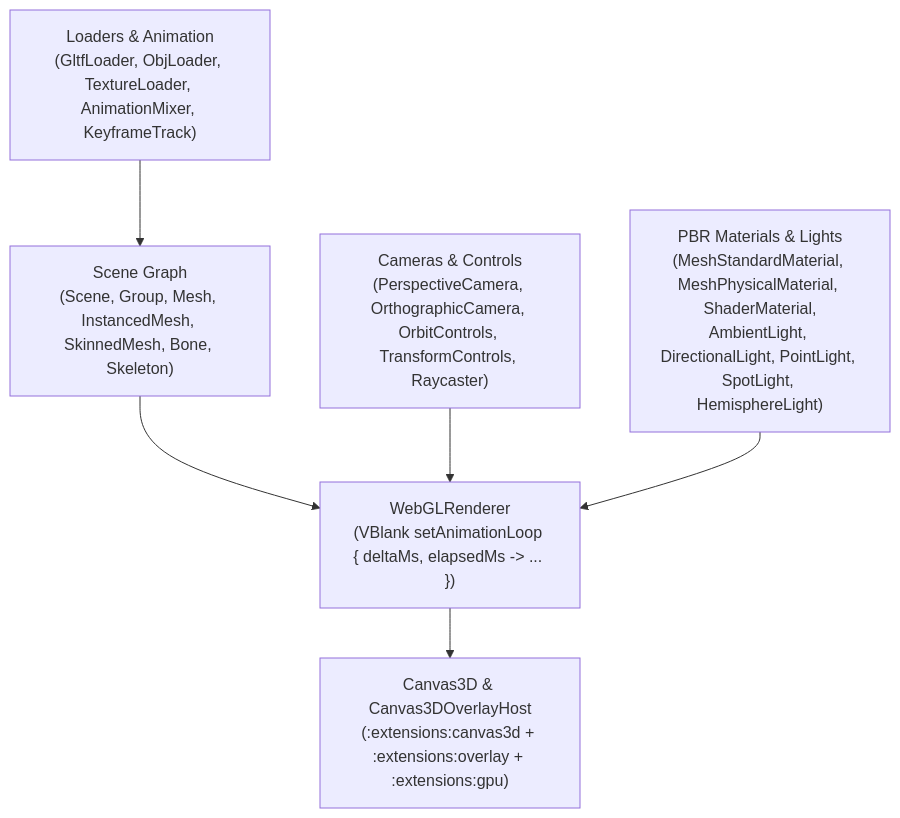
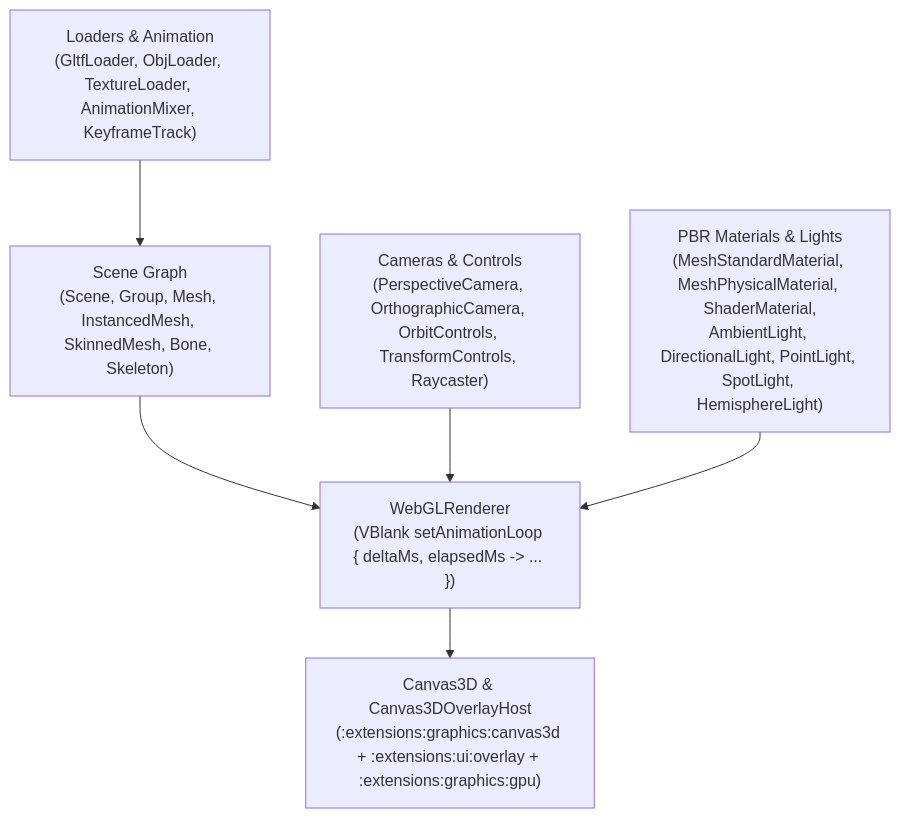
The diagram in docs/threejs.md (GenericUI/Extensions), drawn with Mermaid before and after one commit. The commit also changed other lines of this file and 309 other files, not shown here.

Commit message:
Add schema, serviceworker, and pip extensions, upgrade overlay and media codecs/settings/volume controls, and update docs

````diff
--- a/docs/threejs.md
+++ b/docs/threejs.md
@@ -11,15 +11,15 @@
 ```mermaid
 flowchart TD
     SceneGraph["Scene Graph<br/>(Scene, Group, Mesh, InstancedMesh, SkinnedMesh, Bone, Skeleton)"]
     CamerasAndControls["Cameras & Controls<br/>(PerspectiveCamera, OrthographicCamera, OrbitControls, TransformControls, Raycaster)"]
     MaterialsAndLights["PBR Materials & Lights<br/>(MeshStandardMaterial, MeshPhysicalMaterial, ShaderMaterial,<br/>AmbientLight, DirectionalLight, PointLight, SpotLight, HemisphereLight)"]
     LoadersAndAnim["Loaders & Animation<br/>(GltfLoader, ObjLoader, TextureLoader, AnimationMixer, KeyframeTrack)"]
     Renderer["WebGLRenderer<br/>(VBlank setAnimationLoop { deltaMs, elapsedMs -> ... })"]
-    Canvases["Canvas3D & Canvas3DOverlayHost<br/>(:extensions:canvas3d + :extensions:overlay + :extensions:gpu)"]
+    Canvases["Canvas3D & Canvas3DOverlayHost<br/>(:extensions:graphics:canvas3d + :extensions:ui:overlay + :extensions:graphics:gpu)"]
 
     SceneGraph --> Renderer
     CamerasAndControls --> Renderer
     MaterialsAndLights --> Renderer
     LoadersAndAnim --> SceneGraph
     Renderer --> Canvases
 ```
````
